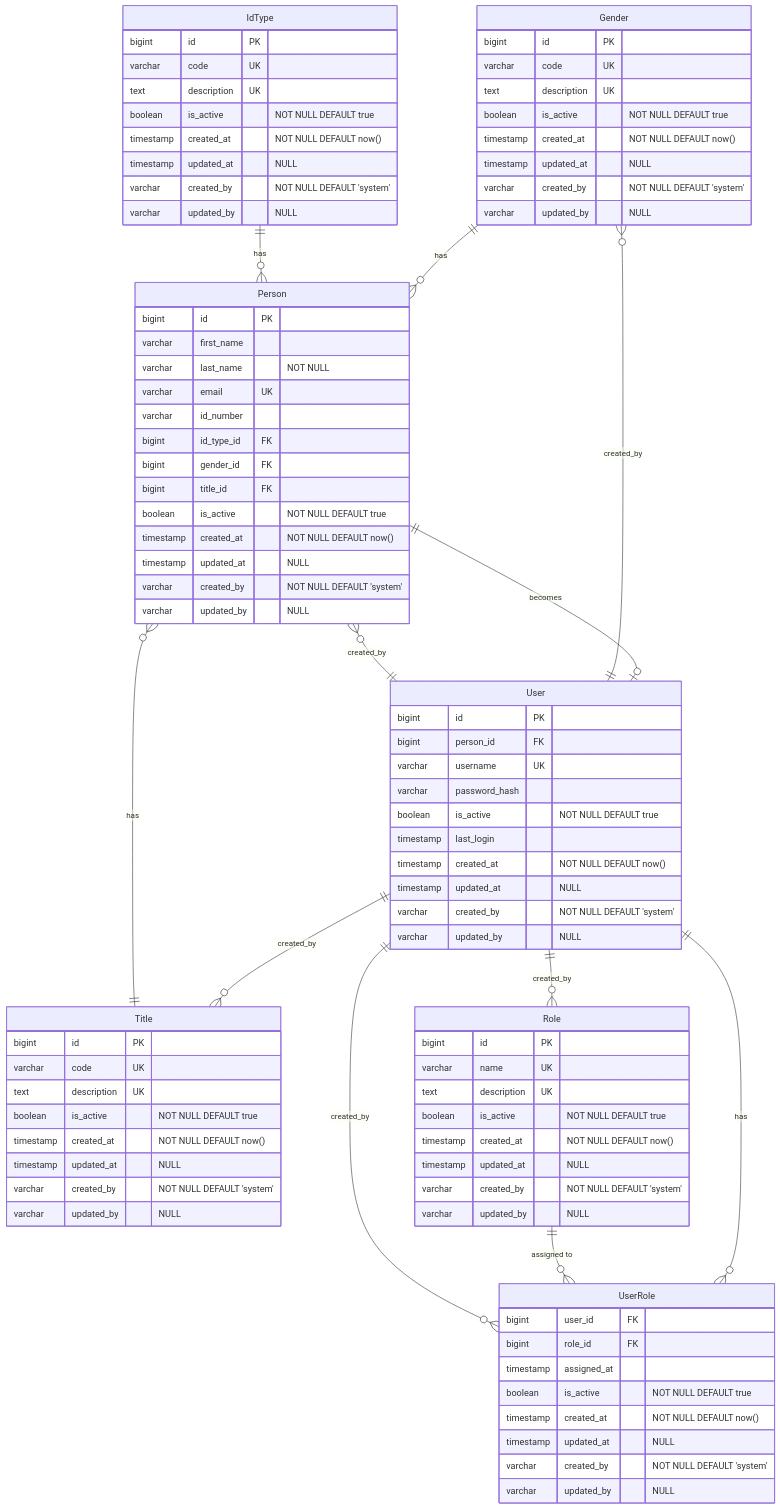
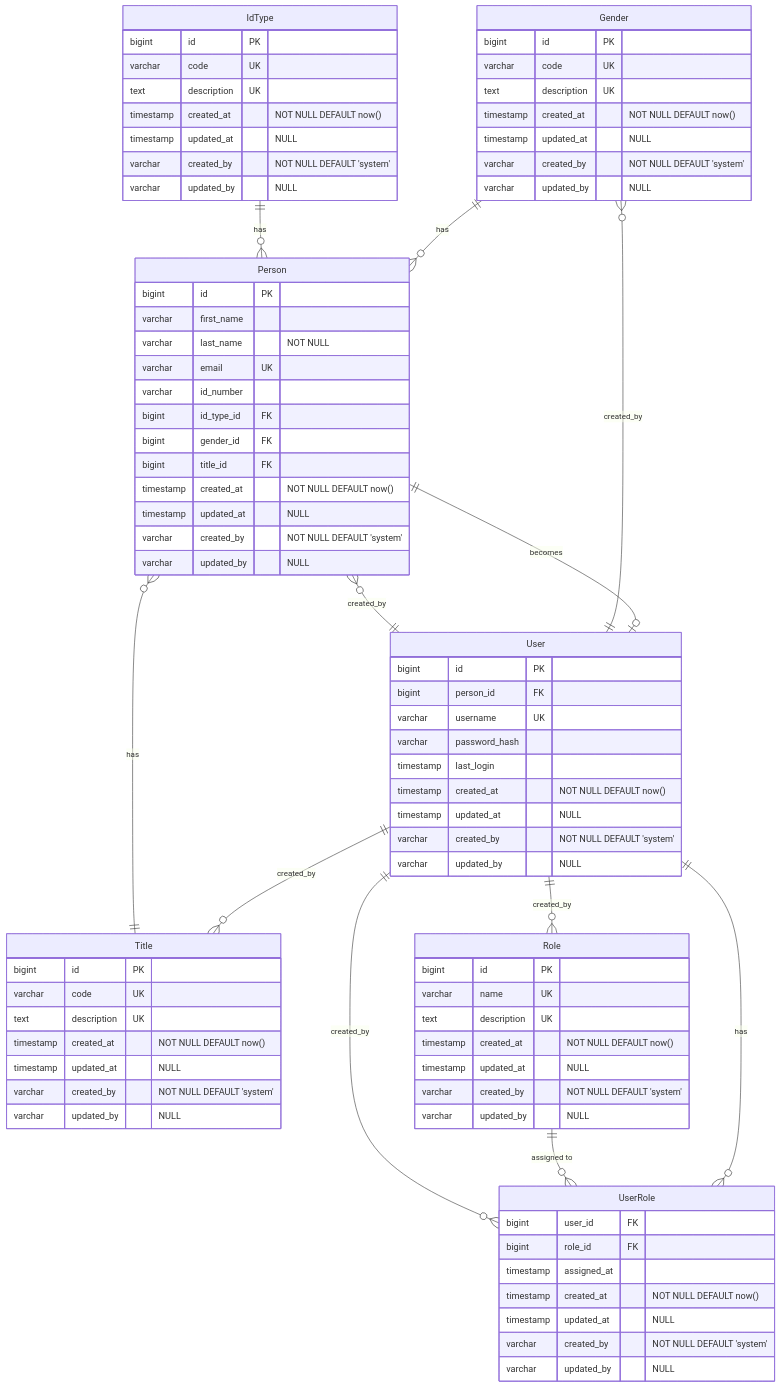
Before and after one commit to GeraldScott/rescaffold: the diagram in CLAUDE.md, drawn with Mermaid. The commit also changed other lines of this file and 39 other files, not shown here.

```diff
--- a/CLAUDE.md
+++ b/CLAUDE.md
@@ -135,7 +135,6 @@
         bigint id PK
         varchar code UK
         text description UK
-        boolean is_active "NOT NULL DEFAULT true"
         timestamp created_at "NOT NULL DEFAULT now()"
         timestamp updated_at "NULL"
         varchar created_by "NOT NULL DEFAULT 'system'"
@@ -146,7 +145,6 @@
         bigint id PK
         varchar code UK
         text description UK
-        boolean is_active "NOT NULL DEFAULT true"
         timestamp created_at "NOT NULL DEFAULT now()"
         timestamp updated_at "NULL"
         varchar created_by "NOT NULL DEFAULT 'system'"
@@ -157,7 +155,6 @@
         bigint id PK
         varchar code UK
         text description UK
-        boolean is_active "NOT NULL DEFAULT true"
         timestamp created_at "NOT NULL DEFAULT now()"
         timestamp updated_at "NULL"
         varchar created_by "NOT NULL DEFAULT 'system'"
@@ -173,7 +170,6 @@
         bigint id_type_id FK
         bigint gender_id FK
         bigint title_id FK
-        boolean is_active "NOT NULL DEFAULT true"
         timestamp created_at "NOT NULL DEFAULT now()"
         timestamp updated_at "NULL"
         varchar created_by "NOT NULL DEFAULT 'system'"
@@ -185,7 +181,6 @@
         bigint person_id FK
         varchar username UK
         varchar password_hash
-        boolean is_active "NOT NULL DEFAULT true"
         timestamp last_login
         timestamp created_at "NOT NULL DEFAULT now()"
         timestamp updated_at "NULL"
@@ -197,7 +192,6 @@
         bigint id PK
         varchar name UK
         text description UK
-        boolean is_active "NOT NULL DEFAULT true"
         timestamp created_at "NOT NULL DEFAULT now()"
         timestamp updated_at "NULL"
         varchar created_by "NOT NULL DEFAULT 'system'"
@@ -208,7 +202,6 @@
         bigint user_id FK
         bigint role_id FK
         timestamp assigned_at
-        boolean is_active "NOT NULL DEFAULT true"
         timestamp created_at "NOT NULL DEFAULT now()"
         timestamp updated_at "NULL"
         varchar created_by "NOT NULL DEFAULT 'system'"
```
